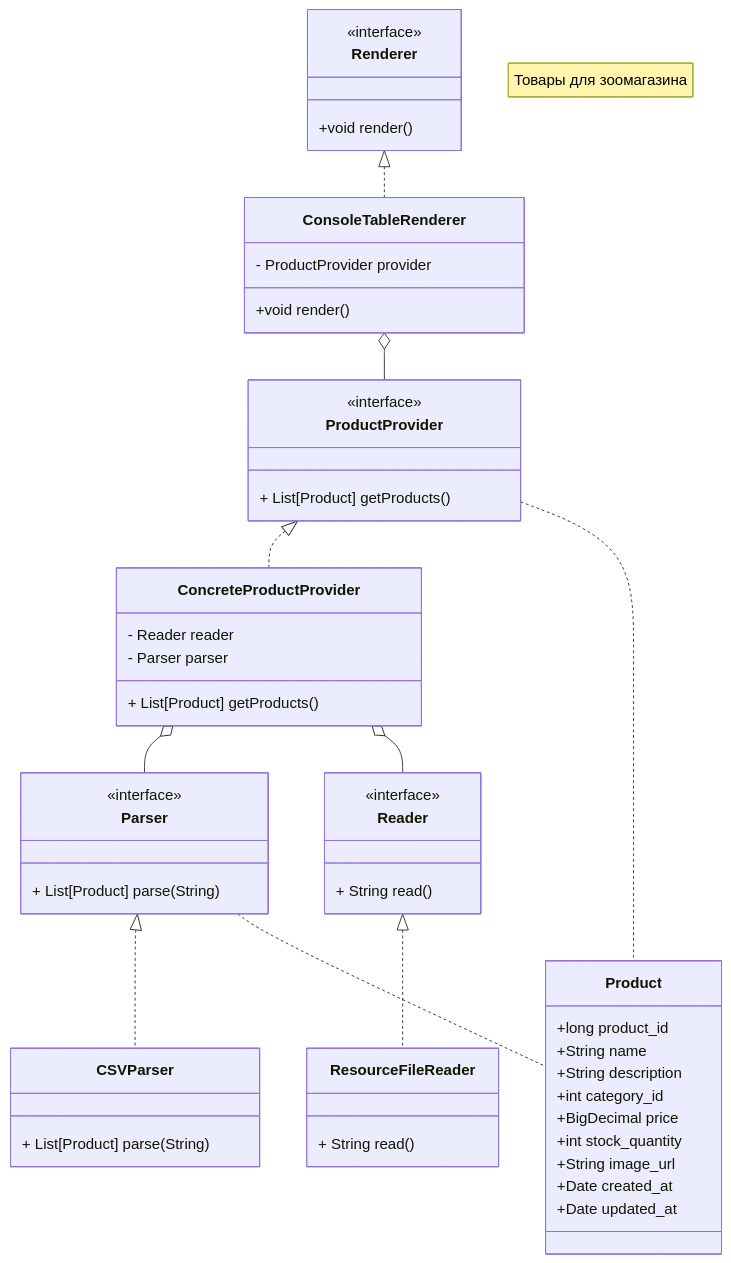
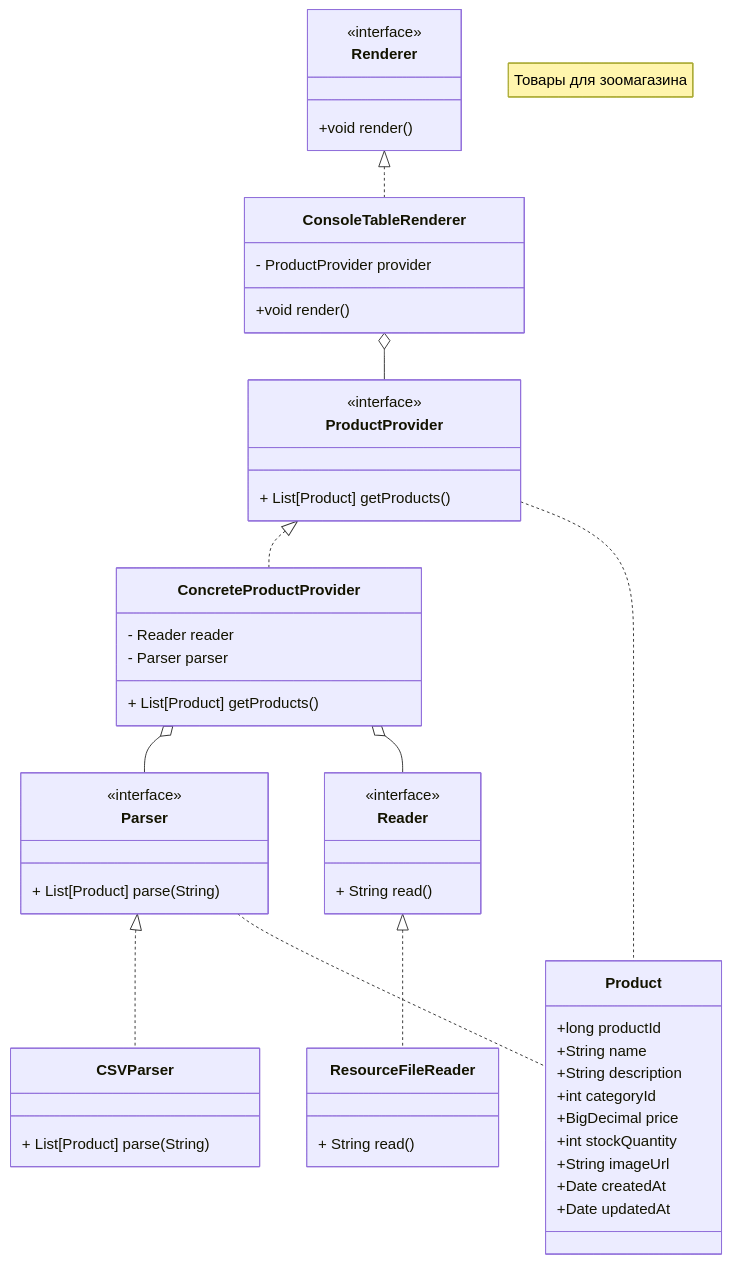
The diagram in les02/lab.md (zaic-bsu/cad-2025), drawn with Mermaid before and after one commit.

````diff
--- a/les02/lab.md
+++ b/les02/lab.md
@@ -39,67 +39,67 @@
 ``` mermaid
 
 classDiagram
     note "Товары для зоомагазина"
     Reader <|.. ResourceFileReader
     Parser <|.. CSVParser
     ProductProvider <|.. ConcreteProductProvider
     ConcreteProductProvider o-- Parser
     ConcreteProductProvider o-- Reader
     Renderer <|.. ConsoleTableRenderer
     ConsoleTableRenderer o-- ProductProvider
     ProductProvider .. Product
     Parser .. Product
 
     class  Product {
-        +long product_id
+        +long productId
         +String name
         +String description
-        +int category_id
+        +int categoryId
         +BigDecimal price
-        +int stock_quantity
-        +String image_url
-        +Date created_at
-        +Date updated_at
+        +int stockQuantity
+        +String imageUrl
+        +Date createdAt
+        +Date updatedAt
     }
 
     class  Reader{
         + String read()
     }
     <<interface>> Reader
 
     class ResourceFileReader {
         + String read()
     }
 
     class  Parser{
         + List[Product] parse(String)
     }
     <<interface>> Parser
 
     class CSVParser {
         + List[Product] parse(String)
     }
 
     class  Renderer{
         +void render()
     }
     <<interface>> Renderer
 
     class ConsoleTableRenderer {
         - ProductProvider provider
         +void render()
     }
 
     class ProductProvider {
         + List[Product] getProducts()
     }
     <<interface>> ProductProvider
 
     class ConcreteProductProvider{
         - Reader reader
         - Parser parser
        + List[Product] getProducts()
     }
 
 
 ```
````
